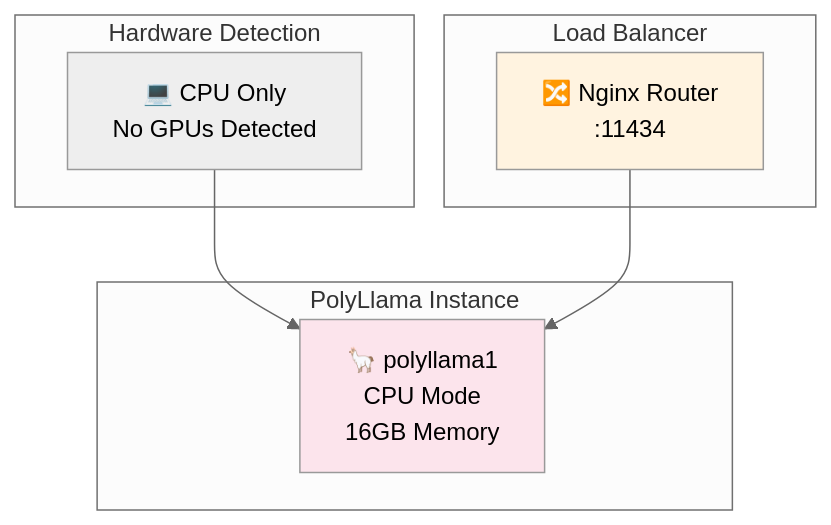
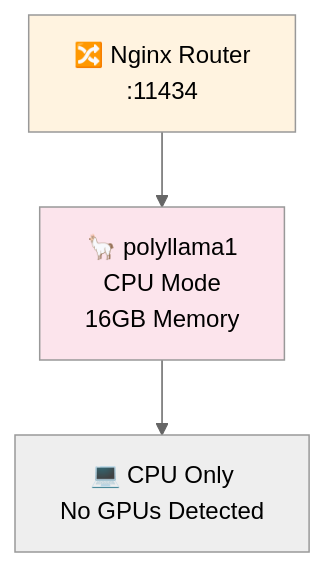
Before and after one commit to mode3cloud/PolyLlama: the third of 6 diagrams in README.md, drawn with Mermaid (neutral theme). The commit also changed other lines of this file and 48 other files, not shown here.

````diff
--- a/README.md
+++ b/README.md
@@ -102,20 +102,12 @@
 ```mermaid
 graph TB
-    subgraph "Hardware Detection"
-        CPU["💻 CPU Only<br/>No GPUs Detected"]
-    end
-    
-    subgraph "PolyLlama Instance"
-        P1["🦙 polyllama1<br/>CPU Mode<br/>16GB Memory"]
-    end
-    
-    subgraph "Load Balancer"
-        Router["🔀 Nginx Router<br/>:11434"]
-    end
-    
-    CPU --> P1
-    Router --> P1
-    
-    style P1 fill:#fce4ec
-    style Router fill:#fff3e0
+  Router["🔀 Nginx Router<br/>:11434"]
+  P1["🦙 polyllama1<br/>CPU Mode<br/>16GB Memory"]
+  CPU["💻 CPU Only<br/>No GPUs Detected"]
+
+  Router --> P1
+  P1 --> CPU
+
+  style P1 fill:#fce4ec
+  style Router fill:#fff3e0
 ```
````
